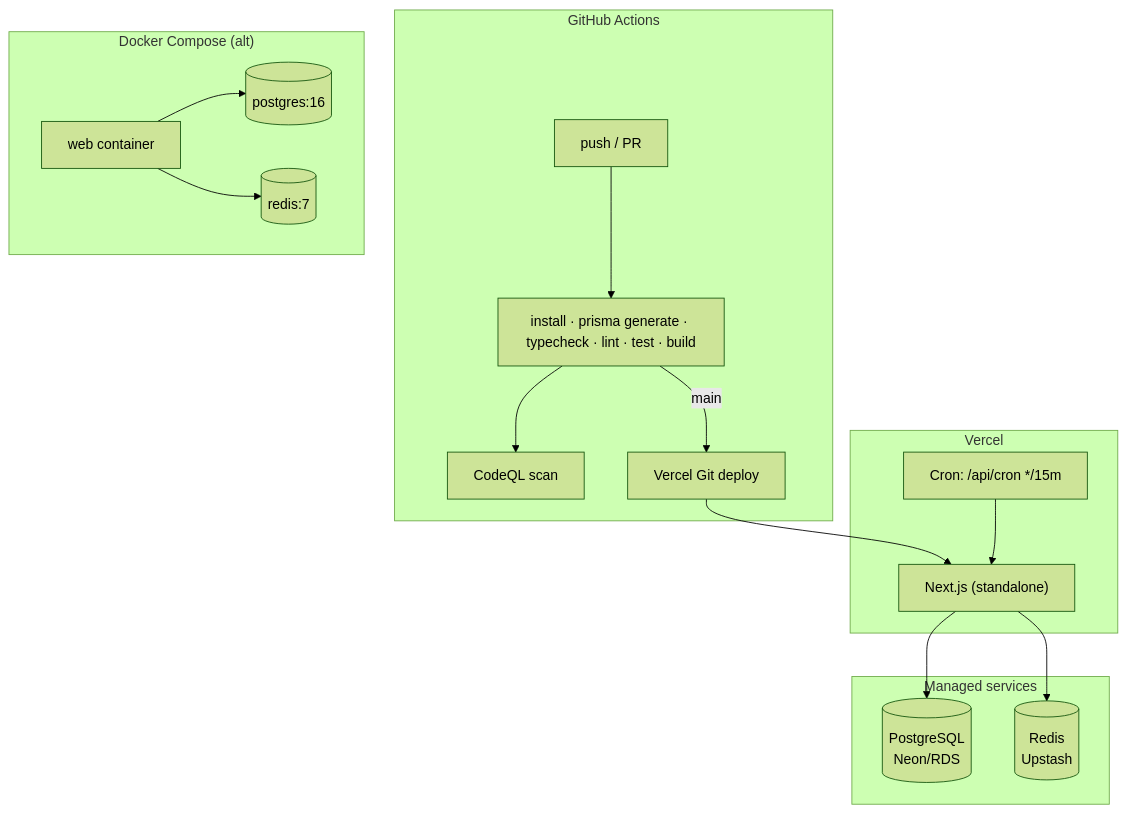
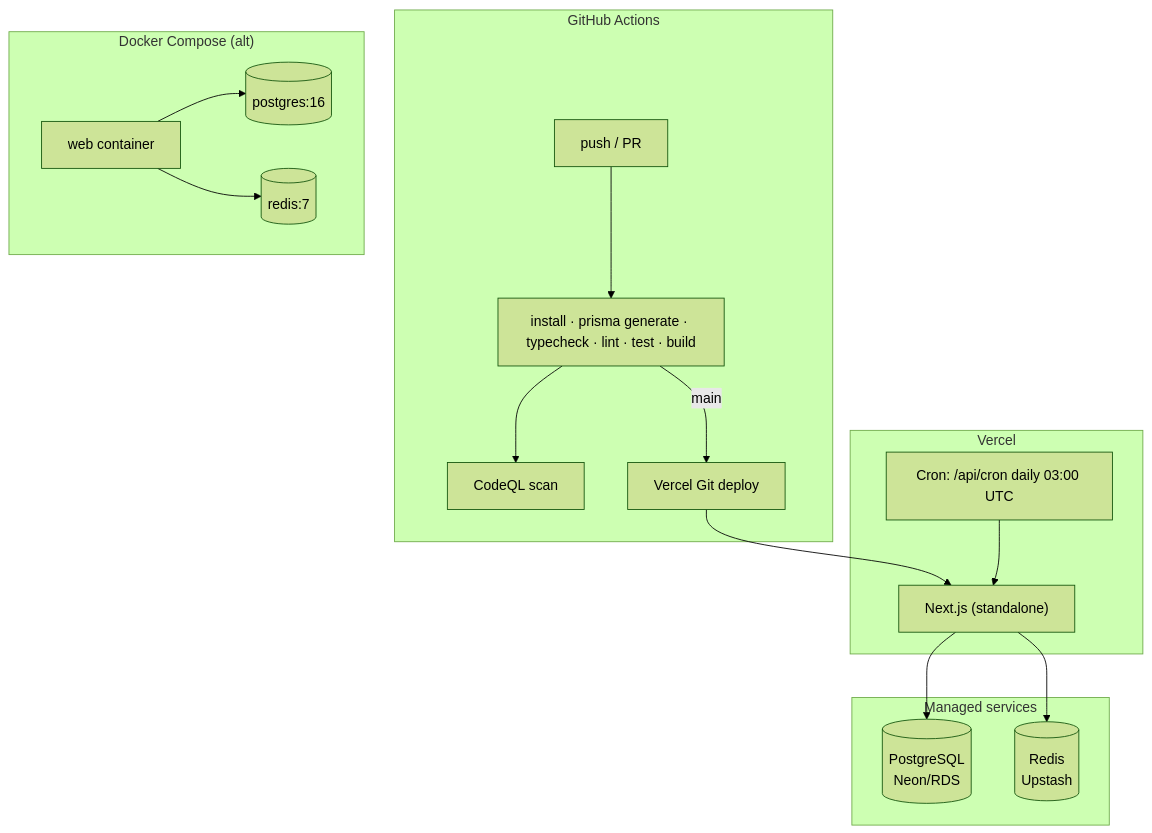
One commit to Jack160699/TradePilot-AI changed the diagram in docs/DEPLOYMENT.md. Above: the diagram before and after it, drawn with Mermaid (forest theme). The commit also changed other lines of this file and 5 other files, not shown here.

````diff
--- a/docs/DEPLOYMENT.md
+++ b/docs/DEPLOYMENT.md
@@ -6,31 +6,31 @@
 ```mermaid
 graph TD
   subgraph CI["GitHub Actions"]
     Push["push / PR"] --> Build["install · prisma generate · typecheck · lint · test · build"]
     Build --> CodeQL["CodeQL scan"]
     Build -->|main| Trigger["Vercel Git deploy"]
   end
 
   subgraph Vercel
     Web["Next.js (standalone)"]
-    Cron["Cron: /api/cron */15m"]
+    Cron["Cron: /api/cron daily 03:00 UTC"]
   end
 
   subgraph Managed["Managed services"]
     Neon[("PostgreSQL<br/>Neon/RDS")]
     Upstash[("Redis<br/>Upstash")]
   end
 
   Trigger --> Web
   Web --> Neon
   Web --> Upstash
   Cron --> Web
 
   subgraph SelfHost["Docker Compose (alt)"]
     DWeb["web container"]
     DPg[("postgres:16")]
     DRedis[("redis:7")]
     DWeb --> DPg
     DWeb --> DRedis
   end
 ```
````
